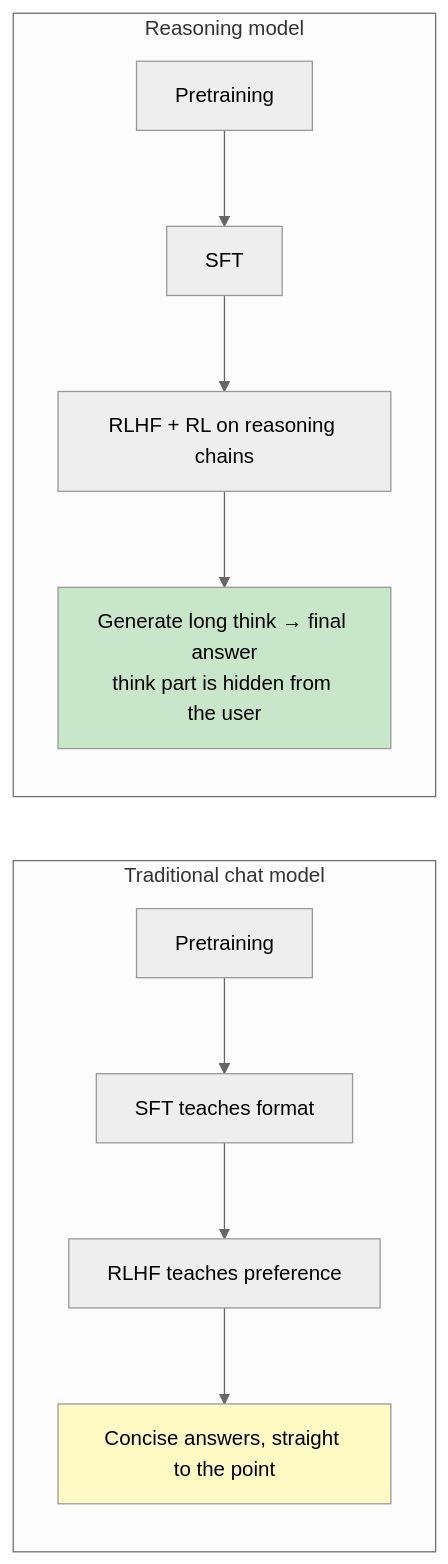
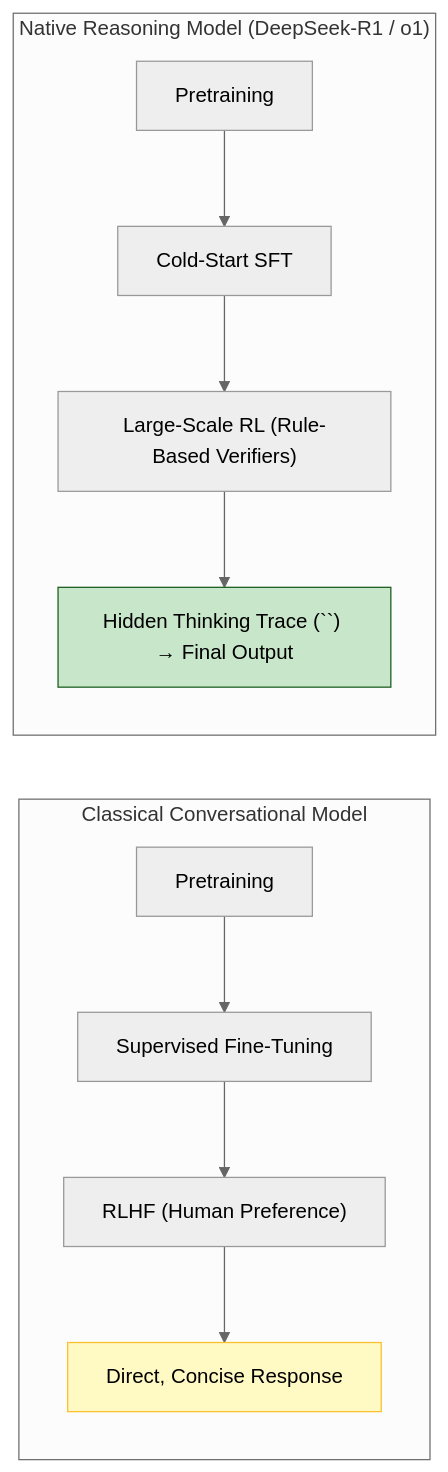
Before and after one commit to yingwang/thinking-in-llm: the third of 7 diagrams in en/chapters/08-reasoning.md, drawn with Mermaid (neutral theme). The commit also changed other lines of this file and 31 other files, not shown here.

````diff
--- a/en/chapters/08-reasoning.md
+++ b/en/chapters/08-reasoning.md
@@ -210,15 +145,15 @@
 ```mermaid
 flowchart LR
-    subgraph Traditional["Traditional chat model"]
-        T1["Pretraining"] --> T2["SFT teaches format"] --> T3["RLHF teaches preference"]
-        T3 --> R1["Concise answers, straight to the point"]
+    subgraph Classical["Classical Conversational Model"]
+        T1["Pretraining"] --> T2["Supervised Fine-Tuning"] --> T3["RLHF (Human Preference)"]
+        T3 --> O1["Direct, Concise Response"]
     end
 
-    subgraph Reasoning["Reasoning model"]
-        R1a["Pretraining"] --> R2a["SFT"] --> R3["RLHF + RL on reasoning chains"]
-        R3 --> R4["Generate long think → final answer<br>think part is hidden from the user"]
+    subgraph Reasoning["Native Reasoning Model (DeepSeek-R1 / o1)"]
+        R1["Pretraining"] --> R2["Cold-Start SFT"] --> R3["Large-Scale RL (Rule-Based Verifiers)"]
+        R3 --> O2["Hidden Thinking Trace (`<think>`) → Final Output"]
     end
 
-    style R1 fill:#fff9c4
-    style R4 fill:#c8e6c9
+    style O1 fill:#fff9c4,stroke:#fbc02d
+    style O2 fill:#c8e6c9,stroke:#1b5e20
 ```
````
